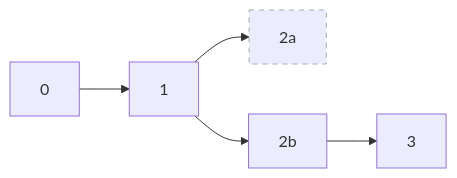
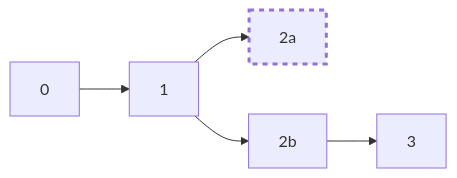
Before and after one commit to BitcoinUnlimited/BitcoinCashSpecification: the diagram in protocol/blockchain.md, drawn with Mermaid. The commit also changed other lines of this file and 2 other files, not shown here.

````diff
--- a/protocol/blockchain.md
+++ b/protocol/blockchain.md
@@ -56,10 +56,10 @@
 ```mermaid
 graph LR
 
 0 --> 1
 1 --> 2a
 1 --> 2b
 2b --> 3
 
-style 2a stroke: #AAAAAA, stroke-dasharray: 5, 5
+style 2a stroke-width: 3px, stroke-dasharray: 5
 ```
````
